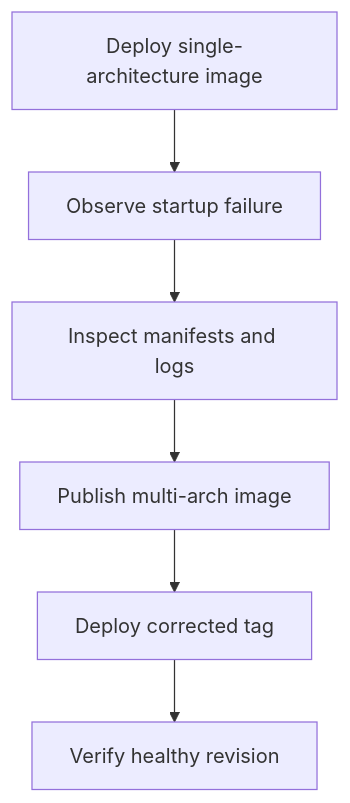
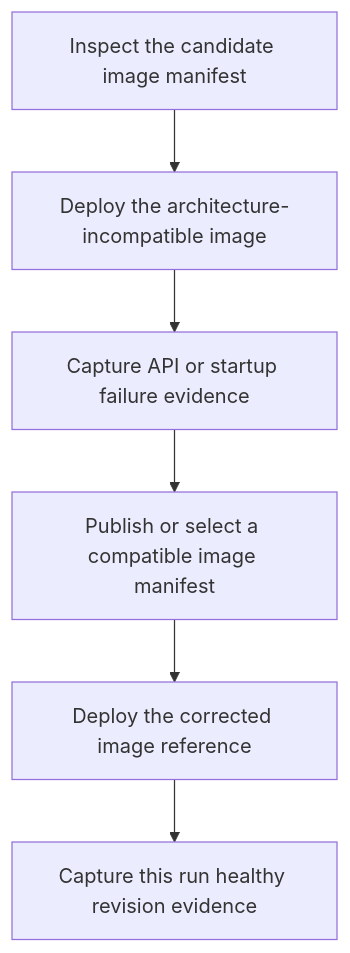
One commit to yeongseon/azure-container-apps-practical-guide changed the diagram in docs/troubleshooting/lab-guides/multi-arch-image-mismatch.md. Above: the diagram before and after it, drawn with Mermaid. The commit also changed other lines of this file and 23 other files, not shown here.

Commit message:
docs(diagrams): migrate the first lab-guide diagram batch (#625)

````diff
--- a/docs/troubleshooting/lab-guides/multi-arch-image-mismatch.md
+++ b/docs/troubleshooting/lab-guides/multi-arch-image-mismatch.md
@@ -53,8 +53,8 @@
 ```mermaid
 flowchart TD
-    A[Deploy single-architecture image] --> B[Observe startup failure]
-    B --> C[Inspect manifests and logs]
-    C --> D[Publish multi-arch image]
-    D --> E[Deploy corrected tag]
-    E --> F[Verify healthy revision]
+    INSPECT[Inspect the candidate image manifest] --> DEPLOY_BAD[Deploy the architecture-incompatible image]
+    DEPLOY_BAD --> CAPTURE_BAD[Capture API or startup failure evidence]
+    CAPTURE_BAD --> PUBLISH[Publish or select a compatible image manifest]
+    PUBLISH --> DEPLOY_GOOD[Deploy the corrected image reference]
+    DEPLOY_GOOD --> CAPTURE_GOOD[Capture this run healthy revision evidence]
 ```
````
